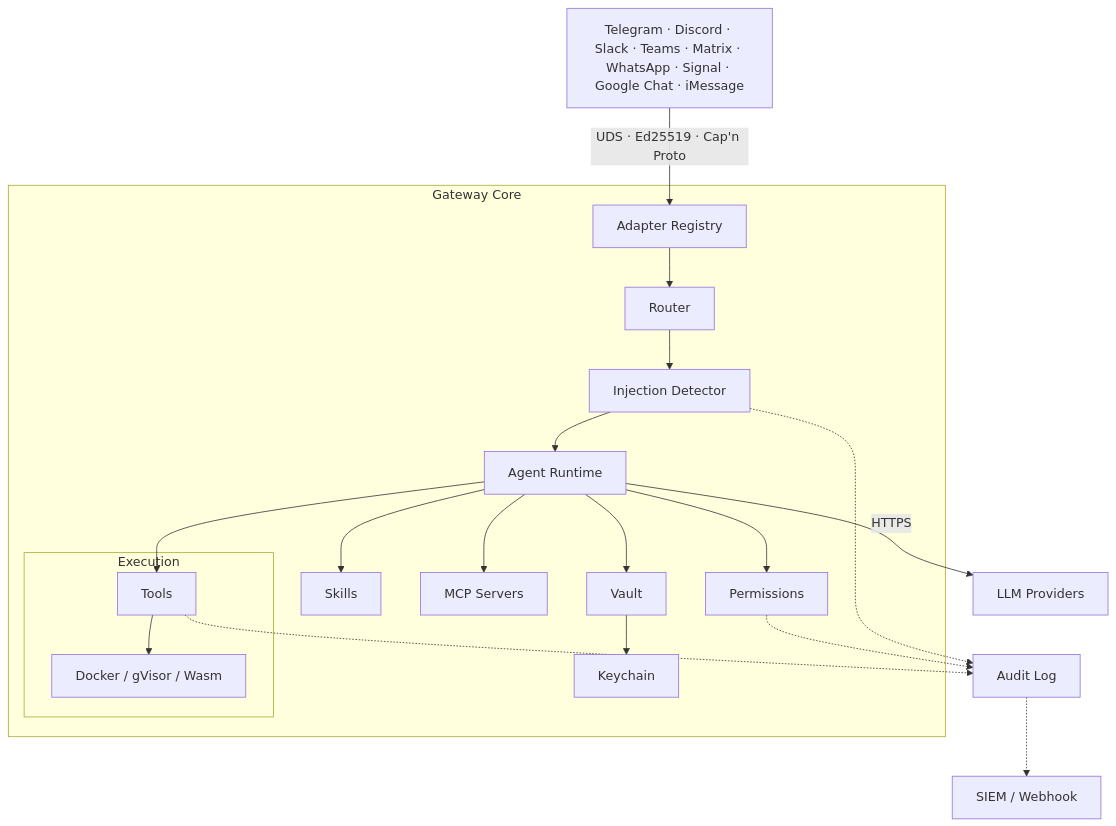
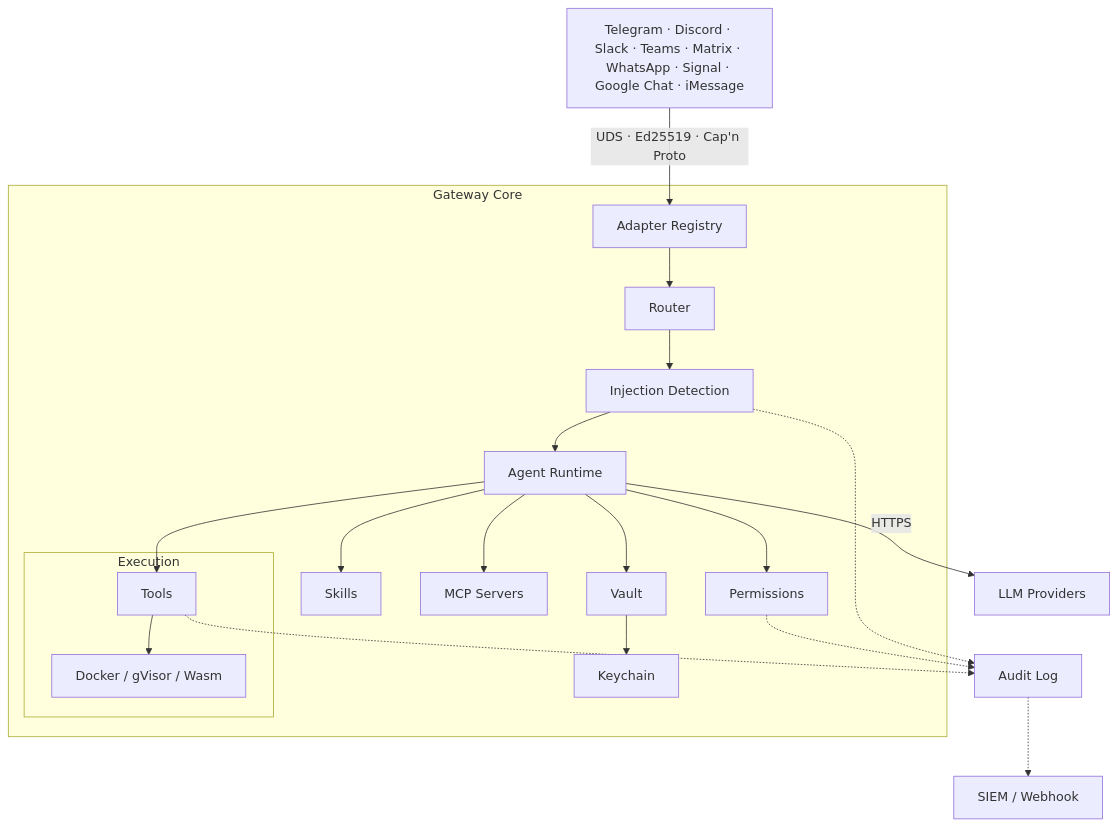
One commit to gebruder/wirken changed the diagram in README.md. Above: the diagram before and after it, drawn with Mermaid.

Commit message:
rename Injection Detector to Injection Detection in diagram

````diff
--- a/README.md
+++ b/README.md
@@ -76,27 +76,27 @@
 ```mermaid
 graph TD
     Channels["Telegram · Discord · Slack · Teams · Matrix · WhatsApp · Signal · Google Chat · iMessage"]
     Channels -- "UDS · Ed25519 · Cap'n Proto" --> Registry
 
     subgraph Gateway["Gateway Core"]
         Registry[Adapter Registry] --> Router
-        Router --> Detect[Injection Detector]
+        Router --> Detect[Injection Detection]
         Detect --> Agent[Agent Runtime]
         Agent --> Permissions
         Agent --> Skills
         Agent --> MCP[MCP Servers]
         Agent --> Tools
         Agent --> Vault --> Keychain
 
         subgraph Execution
             Tools --> Sandbox[Docker / gVisor / Wasm]
         end
     end
 
     Agent -- HTTPS --> LLM[LLM Providers]
 
     Detect -.-> Audit
     Permissions -.-> Audit
     Tools -.-> Audit
     Audit[Audit Log] -.-> SIEM[SIEM / Webhook]
 ```
````
